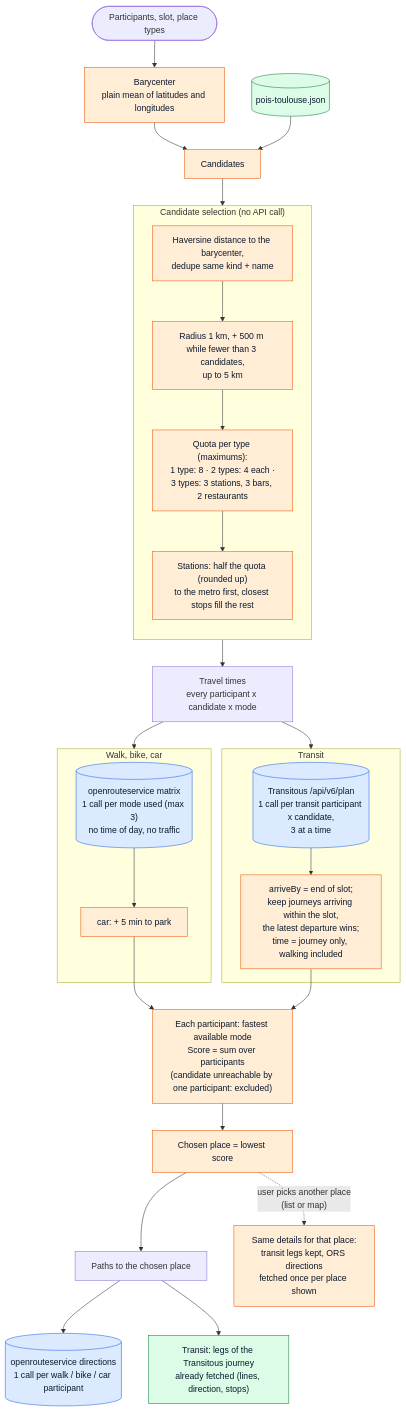
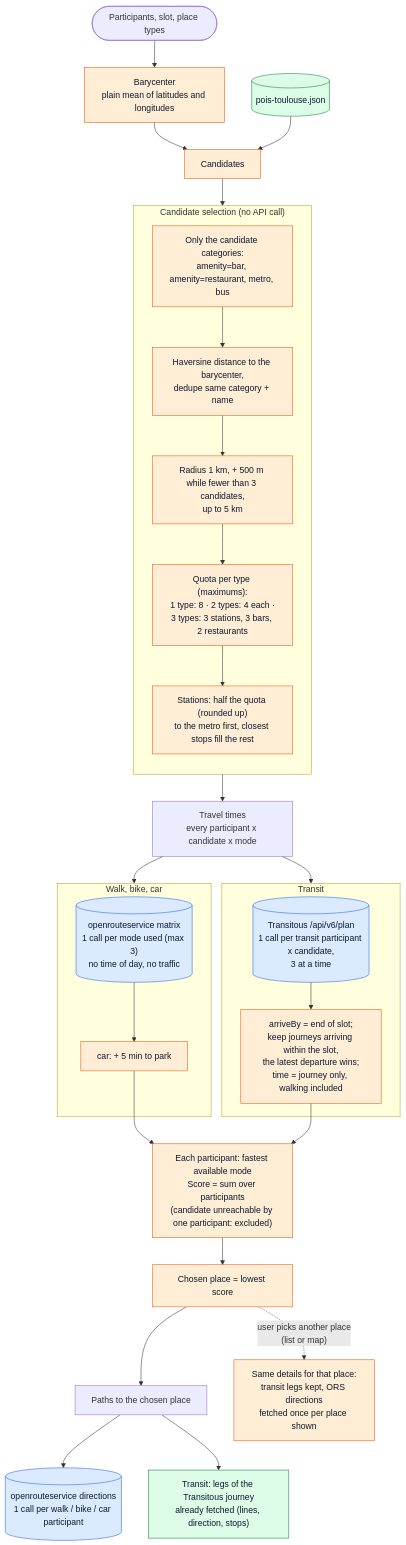
One commit to NicolasGresset/portfolio changed the third of 4 diagrams in docs/location-pipeline.md. Above: the diagram before and after it, drawn with Mermaid. The commit also changed other lines of this file and 7 other files, not shown here.

````diff
--- a/docs/location-pipeline.md
+++ b/docs/location-pipeline.md
@@ -87,48 +85,49 @@
 ```mermaid
 flowchart TB
     classDef api fill:#DBEAFE,stroke:#2563EB,color:#0C1A2E
     classDef local fill:#DCFCE7,stroke:#15803D,color:#0C1A2E
     classDef algo fill:#FFEDD5,stroke:#EA580C,color:#0C1A2E
 
     START(["Participants, slot, place types"]) --> CENTER["Barycenter<br/>plain mean of latitudes and longitudes"]:::algo
     CENTER --> CAND["Candidates"]:::algo
     DATA[("pois-toulouse.json")]:::local --> CAND
 
     subgraph CANDIDATES["Candidate selection (no API call)"]
         direction TB
-        R1["Haversine distance to the barycenter,<br/>dedupe same kind + name"]:::algo
+        R0["Only the candidate categories:<br/>amenity=bar, amenity=restaurant, metro, bus"]:::algo
+        R1["Haversine distance to the barycenter,<br/>dedupe same category + name"]:::algo
         R2["Radius 1 km, + 500 m while fewer than 3 candidates,<br/>up to 5 km"]:::algo
         R3["Quota per type (maximums):<br/>1 type: 8 · 2 types: 4 each ·<br/>3 types: 3 stations, 3 bars, 2 restaurants"]:::algo
         R4["Stations: half the quota (rounded up)<br/>to the metro first, closest stops fill the rest"]:::algo
-        R1 --> R2 --> R3 --> R4
+        R0 --> R1 --> R2 --> R3 --> R4
     end
     CAND --> CANDIDATES
 
     CANDIDATES --> TIMES["Travel times<br/>every participant x candidate x mode"]
 
     subgraph STREET["Walk, bike, car"]
         MATRIX[("openrouteservice matrix<br/>1 call per mode used (max 3)<br/>no time of day, no traffic")]:::api
         PARK["car: + 5 min to park"]:::algo
         MATRIX --> PARK
     end
 
     subgraph TRANSIT["Transit"]
         PLAN[("Transitous /api/v6/plan<br/>1 call per transit participant x candidate,<br/>3 at a time")]:::api
         WINDOW["arriveBy = end of slot;<br/>keep journeys arriving within the slot,<br/>the latest departure wins;<br/>time = journey only, walking included"]:::algo
         PLAN --> WINDOW
     end
 
     TIMES --> STREET
     TIMES --> TRANSIT
     PARK --> SCORE
     WINDOW --> SCORE
 
     SCORE["Each participant: fastest available mode<br/>Score = sum over participants<br/>(candidate unreachable by one participant: excluded)"]:::algo
     SCORE --> BEST["Chosen place = lowest score"]:::algo
 
     BEST --> ROUTES["Paths to the chosen place"]
     ROUTES --> DIRECTIONS[("openrouteservice directions<br/>1 call per walk / bike / car participant")]:::api
     ROUTES --> LEGS["Transit: legs of the Transitous journey<br/>already fetched (lines, direction, stops)"]:::local
 
     BEST -.->|"user picks another place<br/>(list or map)"| OTHER["Same details for that place:<br/>transit legs kept, ORS directions<br/>fetched once per place shown"]:::algo
 ```
````
